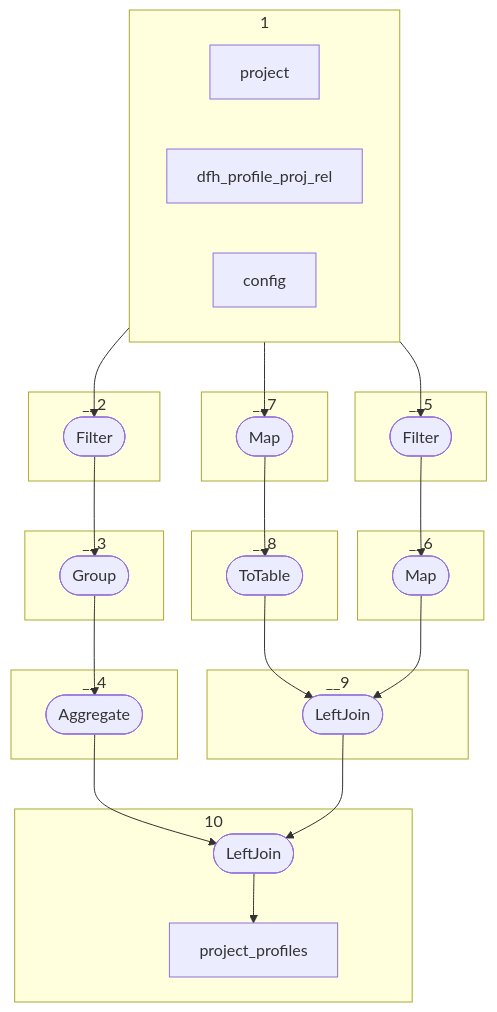
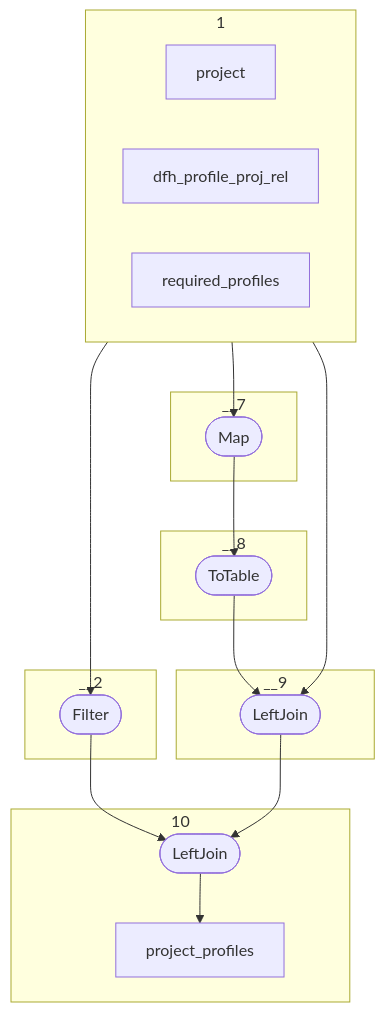
Before and after one commit to geovistory/toolbox-streams: the diagram in app/src/main/java/org/geovistory/toolbox/streams/app/ProjectProfilesTopology.md, drawn with Mermaid. The commit also changed other lines of this file and 7 other files, not shown here.

````diff
--- a/app/src/main/java/org/geovistory/toolbox/streams/app/ProjectProfilesTopology.md
+++ b/app/src/main/java/org/geovistory/toolbox/streams/app/ProjectProfilesTopology.md
@@ -3,51 +3,34 @@
 ```mermaid
 flowchart TD
     1a-->7a
     7a-->8a
     8a-->9a
     1c-->2a
-    2a-->3a
-    3a-->4a
-    1b-->5a
-    5a-->6a
-    4a-->10a
-    6a-->9a
+    2a-->10a
+    1b-->9a
     9a-->10a
     10a-->10b
     subgraph 1
         direction RL
         1a[project]
-        1b[config]
+        1b[required_profiles]
         1c[dfh_profile_proj_rel]
     end
     subgraph __2
        2a([Filter])
-    end
-    subgraph __3
-        3a([Group])
-    end
-    subgraph __4
-        4a([Aggregate])
-    end
-
-    subgraph __5
-       5a([Filter])
-    end
-    subgraph __6
-       6a([Map])
     end
     subgraph __9
        9a([LeftJoin])
     end
     subgraph 10
        10a([LeftJoin])
        10b[project_profiles]
     end
     subgraph __7
        7a([Map])
     end
     subgraph __8
        8a([ToTable])
     end
 
 ```
````
